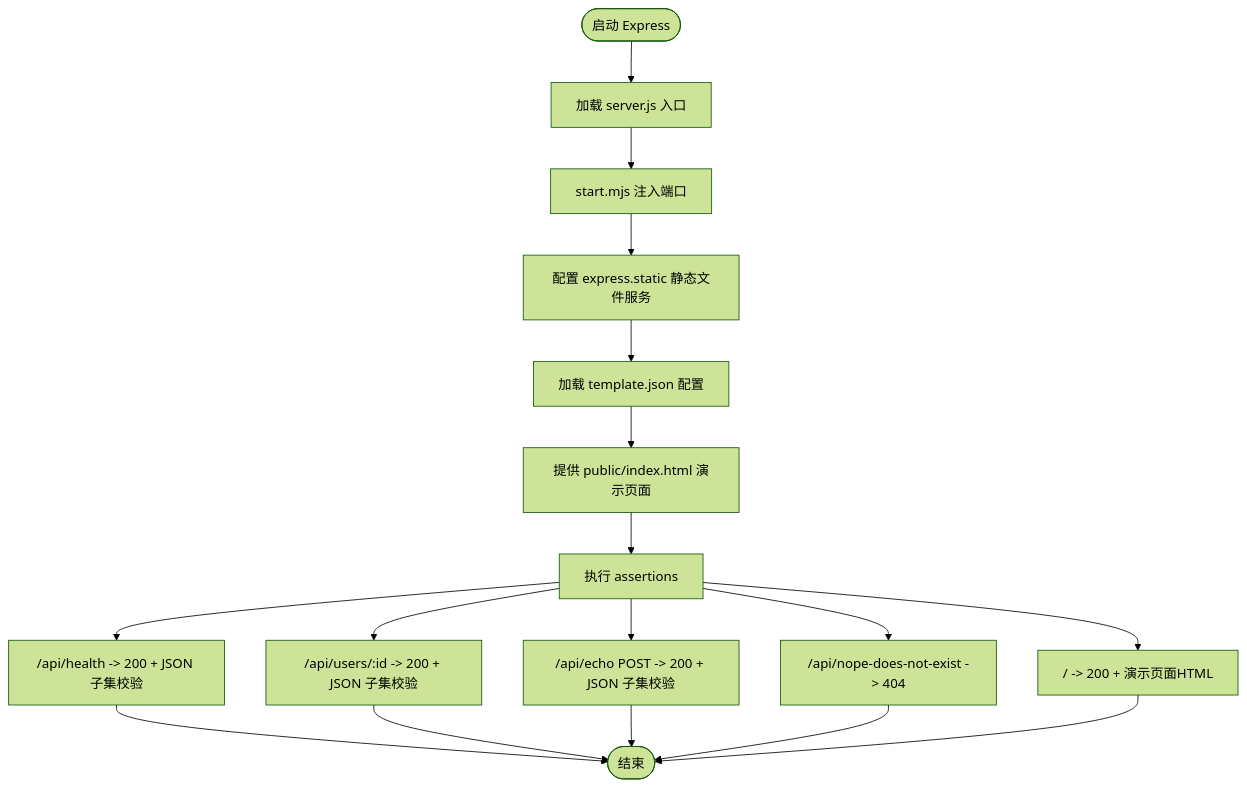
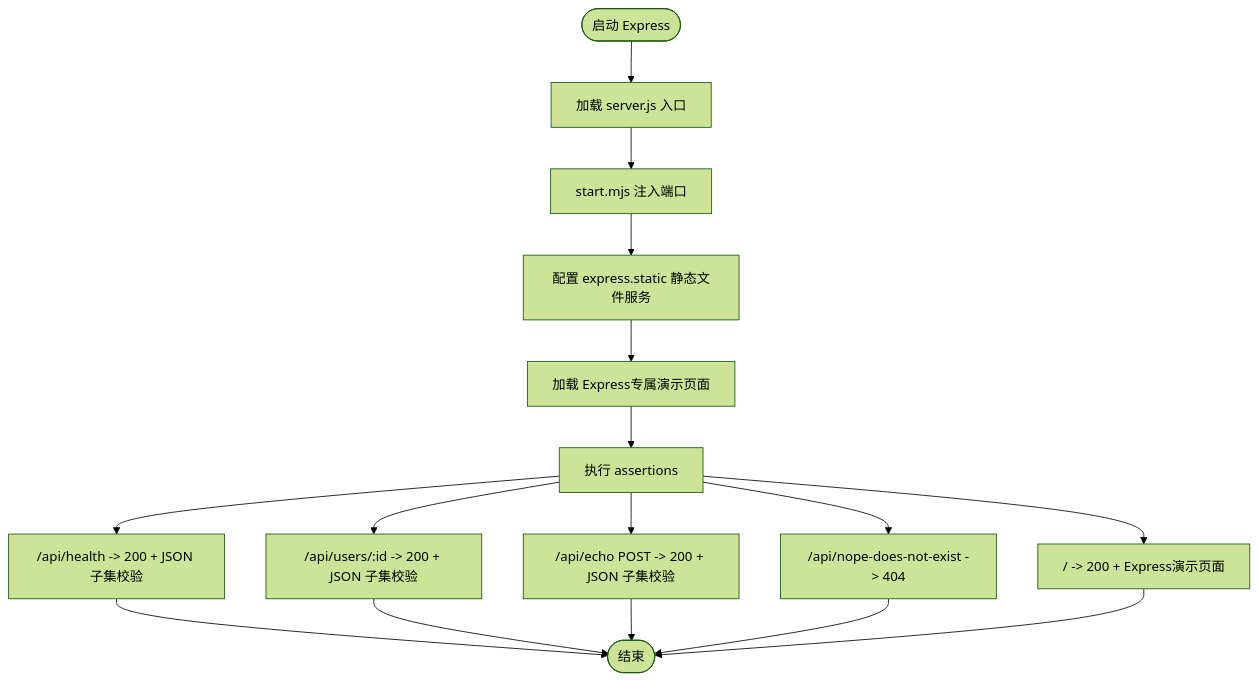
Before and after one commit to esa-sp/test-for-aone-ci: the third of 6 diagrams in .qoder/repowiki/zh/content/后端框架测试/后端框架测试套件.md, drawn with Mermaid (forest theme). The commit also changed other lines of this file and 39 other files, not shown here.

````diff
--- a/.qoder/repowiki/zh/content/后端框架测试/后端框架测试套件.md
+++ b/.qoder/repowiki/zh/content/后端框架测试/后端框架测试套件.md
@@ -251,19 +234,18 @@
 ```mermaid
 flowchart TD
 Start(["启动 Express"]) --> LoadEntry["加载 server.js 入口"]
 LoadEntry --> StartMJS["start.mjs 注入端口"]
 StartMJS --> SetupStatic["配置 express.static 静态文件服务"]
-SetupStatic --> LoadTemplate["加载 template.json 配置"]
-LoadTemplate --> ServePage["提供 public/index.html 演示页面"]
-ServePage --> Assert["执行 assertions"]
+SetupStatic --> LoadPage["加载 Express专属演示页面"]
+LoadPage --> Assert["执行 assertions"]
 Assert --> Health["/api/health -> 200 + JSON 子集校验"]
 Assert --> Users["/api/users/:id -> 200 + JSON 子集校验"]
 Assert --> Echo["/api/echo POST -> 200 + JSON 子集校验"]
 Assert --> NotFound["/api/nope-does-not-exist -> 404"]
-Assert --> DemoPage["/ -> 200 + 演示页面HTML"]
+Assert --> DemoPage["/ -> 200 + Express演示页面"]
 Health --> End(["结束"])
 Users --> End
 Echo --> End
 NotFound --> End
 DemoPage --> End
 ```
````
